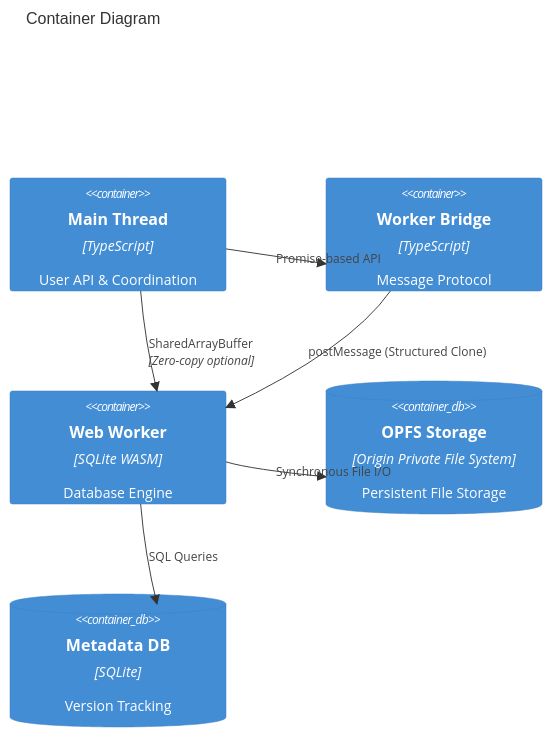
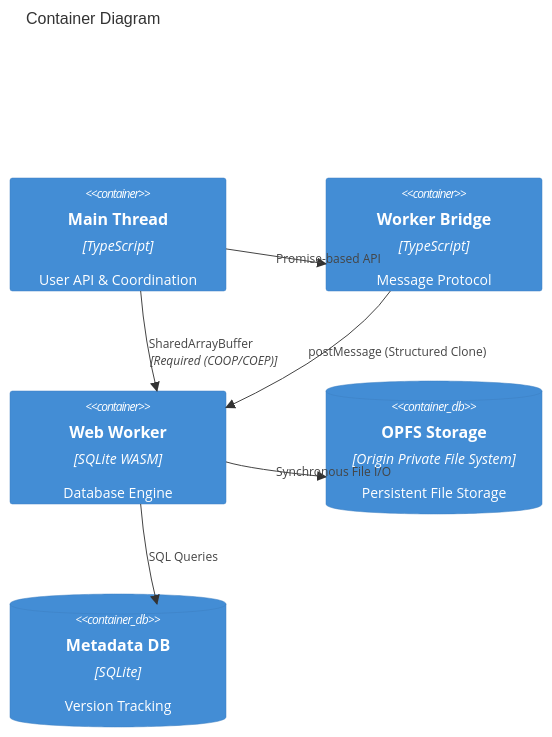
One commit to wuchuheng/web-sqlite-v2 changed the second of 2 diagrams in docs/03-architecture/01-hld.md. Above: the diagram before and after it, drawn with Mermaid. The commit also changed other lines of this file and 21 other files, not shown here.

````diff
--- a/docs/03-architecture/01-hld.md
+++ b/docs/03-architecture/01-hld.md
@@ -56,15 +56,15 @@
 ```mermaid
 C4Container
   title Container Diagram
   Container(main, "Main Thread", "TypeScript", "User API & Coordination")
   Container(bridge, "Worker Bridge", "TypeScript", "Message Protocol")
   Container(worker, "Web Worker", "SQLite WASM", "Database Engine")
   ContainerDb(opfs, "OPFS Storage", "Origin Private File System", "Persistent File Storage")
   ContainerDb(meta, "Metadata DB", "SQLite", "Version Tracking")
 
   Rel(main, bridge, "Promise-based API")
   Rel(bridge, worker, "postMessage (Structured Clone)")
   Rel(worker, opfs, "Synchronous File I/O")
   Rel(worker, meta, "SQL Queries")
-  Rel(main, worker, "SharedArrayBuffer", "Zero-copy optional")
+  Rel(main, worker, "SharedArrayBuffer", "Required (COOP/COEP)")
 ```
````
